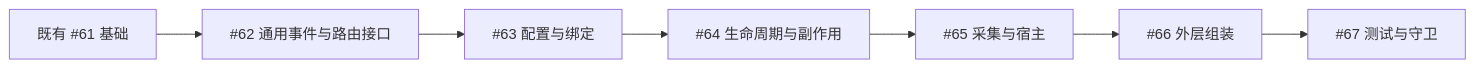
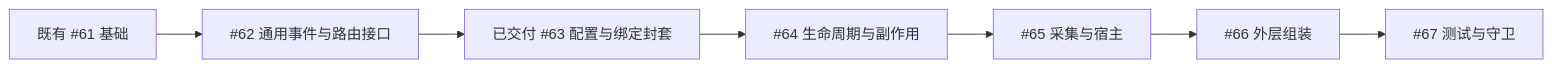
One commit to erranliu/SteerLine changed the second of 2 diagrams in docs/roadmap/execution-map.md. Above: the diagram before and after it, drawn with Mermaid. The commit also changed other lines of this file and 124 other files, not shown here.

````diff
--- a/docs/roadmap/execution-map.md
+++ b/docs/roadmap/execution-map.md
@@ -85,9 +84,9 @@
 ```mermaid
 flowchart LR
     Foundation["既有 #61 基础"] --> E62["#62 通用事件与路由接口"]
-    E62 --> C63["#63 配置与绑定"]
+    E62 --> C63["已交付 #63 配置与绑定封套"]
     C63 --> C64["#64 生命周期与副作用"]
     C64 --> C65["#65 采集与宿主"]
     C65 --> C66["#66 外层组装"]
     C66 --> C67["#67 测试与守卫"]
 ```
````
